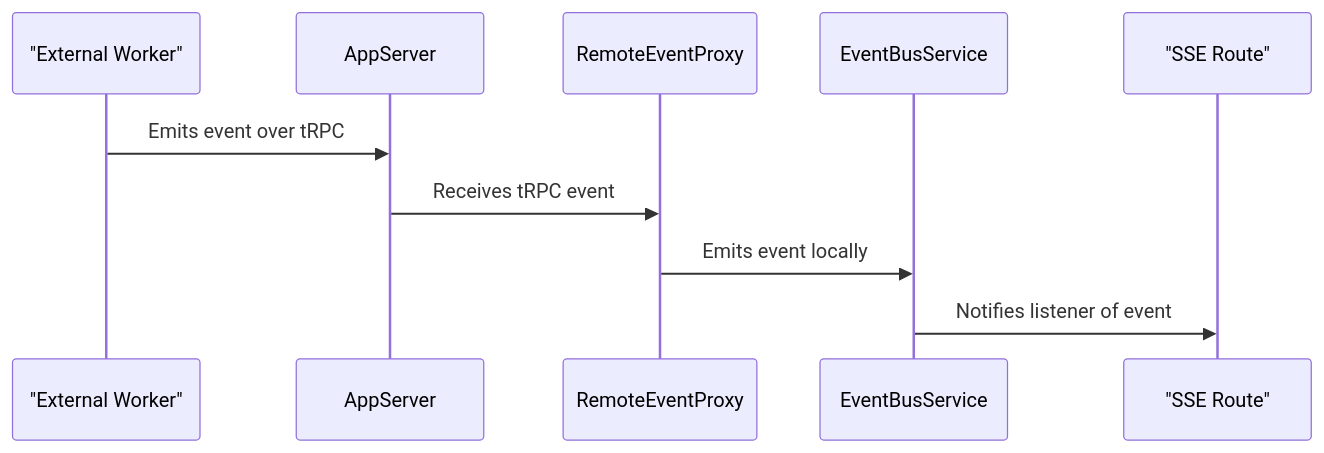
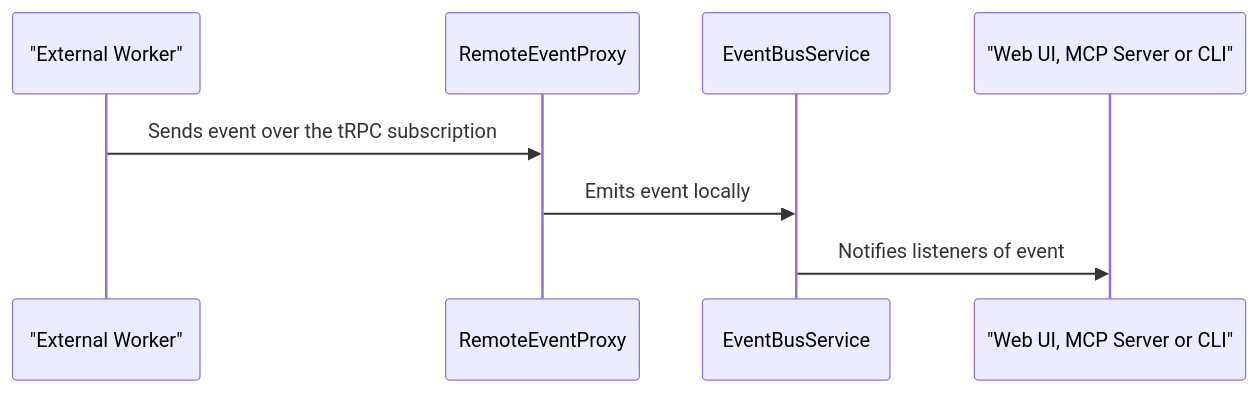
Before and after one commit to arabold/docs-mcp-server: the second of 2 diagrams in docs/concepts/eventbus-architecture.md, drawn with Mermaid. The commit also changed other lines of this file and 86 other files, not shown here.

````diff
--- a/docs/concepts/eventbus-architecture.md
+++ b/docs/concepts/eventbus-architecture.md
@@ -54,13 +54,11 @@
 ```mermaid
 sequenceDiagram
     participant WorkerProcess as "External Worker"
-    participant AppServer
     participant RemoteEventProxy
     participant EventBusService
-    participant SSERoute as "SSE Route"
+    participant Consumers as "Web UI, MCP Server or CLI"
 
-    WorkerProcess->>AppServer: Emits event over tRPC
-    AppServer->>RemoteEventProxy: Receives tRPC event
+    WorkerProcess->>RemoteEventProxy: Sends event over the tRPC subscription
     RemoteEventProxy->>EventBusService: Emits event locally
-    EventBusService->>SSERoute: Notifies listener of event
+    EventBusService->>Consumers: Notifies listeners of event
 ```
````
